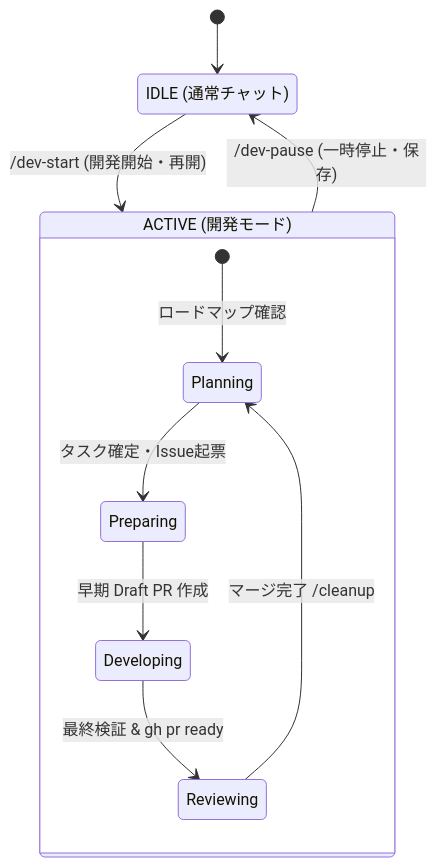
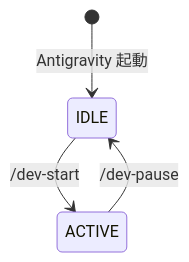
The first of 3 diagrams in docs/workflow/README.md (asabon/antigravity-workflow), drawn with Mermaid before and after one commit. The commit also changed other lines of this file and 8 other files, not shown here.

````diff
--- a/docs/workflow/README.md
+++ b/docs/workflow/README.md
@@ -37,15 +41,9 @@
 ```mermaid
 stateDiagram-v2
-    state "IDLE (通常チャット)" as Idle
-    state "ACTIVE (開発モード)   " as Active {
-        [*] --> Planning : ロードマップ確認
-        Planning --> Preparing : タスク確定・Issue起票
-        Preparing --> Developing : 早期 Draft PR 作成
-        Developing --> Reviewing : 最終検証 & gh pr ready
-        Reviewing --> Planning : マージ完了 /cleanup
-    }
+    state "IDLE" as Idle
+    state "ACTIVE" as Active
 
-    [*] --> Idle
-    Idle --> Active: /dev-start (開発開始・再開)
-    Active --> Idle: /dev-pause (一時停止・保存)
+    [*] --> Idle: Antigravity 起動
+    Idle --> Active: /dev-start
+    Active --> Idle: /dev-pause
 ```
````
